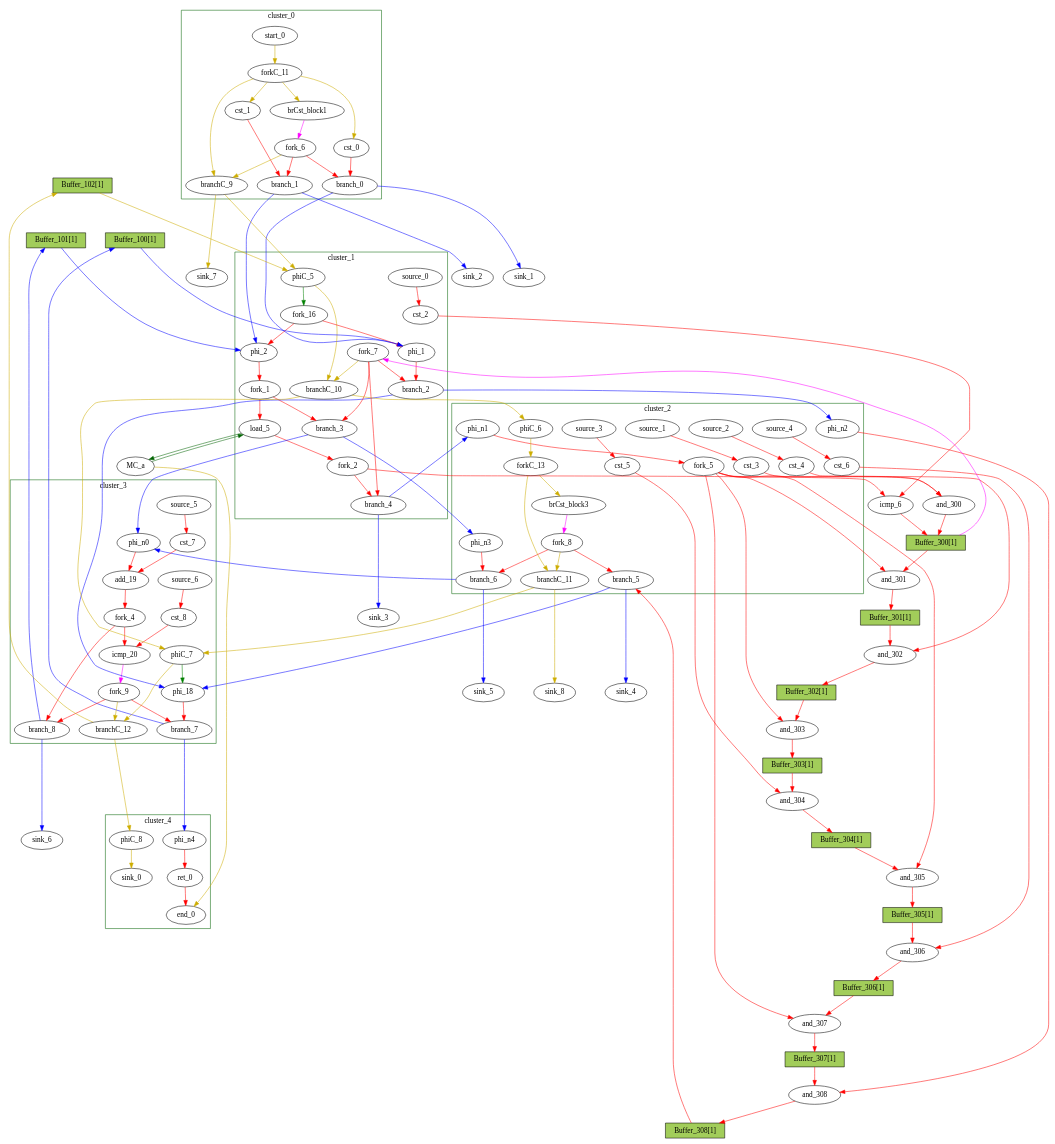
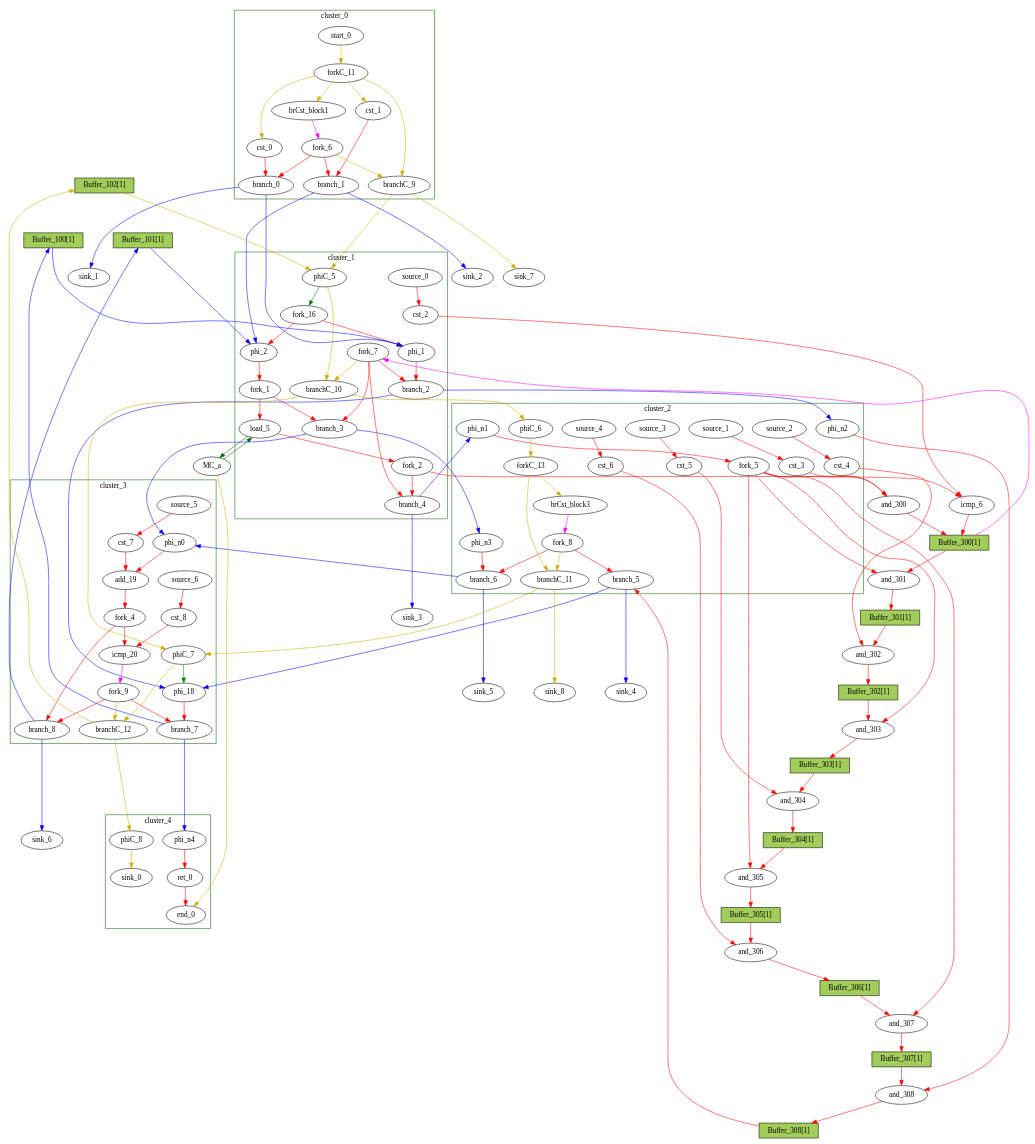
Before and after one commit to Nozidoali/MapBuf: the diagram in RegressionTest/Examples/gsum/reports/gsum_decoy.dot, drawn with Graphviz. The commit also changed other lines of this file and 154 other files, not shown here.

```diff
--- a/RegressionTest/Examples/gsum/reports/gsum_decoy.dot
+++ b/RegressionTest/Examples/gsum/reports/gsum_decoy.dot
@@ -1,5 +1,36 @@
 Digraph G {
 	splines=spline;
+	subgraph cluster_cluster_1 {
+	color = "darkgreen";
+label = "cluster_1";
+		"phi_1" [type="Mux", in="in1?:1 in2:32 in3:32 ", out="out1:32", bbID=2, delay=1.397];
+		"phi_2" [type="Mux", in="in1?:1 in2:10 in3:10 ", out="out1:10", bbID=2, delay=1.397];
+		"load_5" [type="Operator", in="in1:32 in2:10 ", out="out1:32 out2:10 ", bbID=2, II=1, delay=1.412, latency=2, op="mc_load_op", portId=0];
+		"cst_2" [type="Constant", in="in1:32", out="out1:32", bbID=2, value="0x00000000"];
+		"fork_1" [type="Fork", in="in1:10", out="out1:10 out2:10 ", bbID=2];
+		"fork_2" [type="Fork", in="in1:32", out="out1:32 out2:32 ", bbID=2];
+		"branch_2" [type="Branch", in="in1:32 in2?:1", out="out1+:32 out2-:32", bbID=2];
+		"branch_3" [type="Branch", in="in1:10 in2?:1", out="out1+:10 out2-:10", bbID=2];
+		"branch_4" [type="Branch", in="in1:32 in2?:1", out="out1+:32 out2-:32", bbID=2];
+		"fork_7" [type="Fork", in="in1:1", out="out1:1 out2:1 out3:1 out4:1 ", bbID=2];
+		"phiC_5" [type="CntrlMerge", in="in1:0 in2:0 ", out="out1:0 out2?:1", bbID=2, delay=0.0];
+		"branchC_10" [type="Branch", in="in1:0 in2?:1", out="out1+:0 out2-:0", bbID=2];
+		"source_0" [type="Source", out="out1:32", bbID=2];
+		"fork_16" [type="Fork", in="in1:1", out="out1:1 out2:1 ", bbID=2];
+	}
+	subgraph cluster_cluster_0 {
+	color = "darkgreen";
+label = "cluster_0";
+		"brCst_block1" [type="Constant", in="in1:1", out="out1:1", bbID=1, value="0x1"];
+		"cst_0" [type="Constant", in="in1:32", out="out1:32", bbID=1, value="0x00000000"];
+		"cst_1" [type="Constant", in="in1:1", out="out1:1", bbID=1, value="0x00000000"];
+		"branch_0" [type="Branch", in="in1:32 in2?:1", out="out1+:32 out2-:32", bbID=1];
+		"branch_1" [type="Branch", in="in1:1 in2?:1", out="out1+:1 out2-:1", bbID=1];
+		"fork_6" [type="Fork", in="in1:1", out="out1:1 out2:1 out3:1 ", bbID=1];
+		"start_0" [type="Entry", in="in1:0", out="out1:0", bbID=1, control="true"];
+		"forkC_11" [type="Fork", in="in1:0", out="out1:0 out2:0 out3:0 out4:0 ", bbID=1];
+		"branchC_9" [type="Branch", in="in1:0 in2?:1", out="out1+:0 out2-:0", bbID=1];
+	}
 	subgraph cluster_cluster_2 {
 	color = "darkgreen";
 label = "cluster_2";
@@ -23,15 +54,6 @@
 		"source_3" [type="Source", out="out1:32", bbID=3];
 		"source_4" [type="Source", out="out1:32", bbID=3];
 	}
-	subgraph cluster_cluster_4 {
-	color = "darkgreen";
-label = "cluster_4";
-		"ret_0" [type="Operator", in="in1:32 ", out="out1:32 ", bbID=5, II=1, delay=0.0, latency=0, op="ret_op"];
-		"phi_n4" [type="Merge", in="in1:32 ", out="out1:32", bbID=5, delay=0.0];
-		"end_0" [type="Exit", in="in1:0*e in2:32 ", out="out1:32", bbID=0];
-		"phiC_8" [type="Merge", in="in1:0 ", out="out1:0", bbID=5, delay=0.0];
-		"sink_0" [type="Sink", in="in1:0", bbID=0];
-	}
 	subgraph cluster_cluster_3 {
 	color = "darkgreen";
 label = "cluster_3";
@@ -50,36 +72,14 @@
 		"source_5" [type="Source", out="out1:1", bbID=4];
 		"source_6" [type="Source", out="out1:10", bbID=4];
 	}
-	subgraph cluster_cluster_0 {
+	subgraph cluster_cluster_4 {
 	color = "darkgreen";
-label = "cluster_0";
-		"brCst_block1" [type="Constant", in="in1:1", out="out1:1", bbID=1, value="0x1"];
-		"cst_0" [type="Constant", in="in1:32", out="out1:32", bbID=1, value="0x00000000"];
-		"cst_1" [type="Constant", in="in1:1", out="out1:1", bbID=1, value="0x00000000"];
-		"branch_0" [type="Branch", in="in1:32 in2?:1", out="out1+:32 out2-:32", bbID=1];
-		"branch_1" [type="Branch", in="in1:1 in2?:1", out="out1+:1 out2-:1", bbID=1];
-		"fork_6" [type="Fork", in="in1:1", out="out1:1 out2:1 out3:1 ", bbID=1];
-		"start_0" [type="Entry", in="in1:0", out="out1:0", bbID=1, control="true"];
-		"forkC_11" [type="Fork", in="in1:0", out="out1:0 out2:0 out3:0 out4:0 ", bbID=1];
-		"branchC_9" [type="Branch", in="in1:0 in2?:1", out="out1+:0 out2-:0", bbID=1];
-	}
-	subgraph cluster_cluster_1 {
-	color = "darkgreen";
-label = "cluster_1";
-		"phi_1" [type="Mux", in="in1?:1 in2:32 in3:32 ", out="out1:32", bbID=2, delay=1.397];
-		"phi_2" [type="Mux", in="in1?:1 in2:10 in3:10 ", out="out1:10", bbID=2, delay=1.397];
-		"load_5" [type="Operator", in="in1:32 in2:10 ", out="out1:32 out2:10 ", bbID=2, II=1, delay=1.412, latency=2, op="mc_load_op", portId=0];
-		"cst_2" [type="Constant", in="in1:32", out="out1:32", bbID=2, value="0x00000000"];
-		"fork_1" [type="Fork", in="in1:10", out="out1:10 out2:10 ", bbID=2];
-		"fork_2" [type="Fork", in="in1:32", out="out1:32 out2:32 ", bbID=2];
-		"branch_2" [type="Branch", in="in1:32 in2?:1", out="out1+:32 out2-:32", bbID=2];
-		"branch_3" [type="Branch", in="in1:10 in2?:1", out="out1+:10 out2-:10", bbID=2];
-		"branch_4" [type="Branch", in="in1:32 in2?:1", out="out1+:32 out2-:32", bbID=2];
-		"fork_7" [type="Fork", in="in1:1", out="out1:1 out2:1 out3:1 out4:1 ", bbID=2];
-		"phiC_5" [type="CntrlMerge", in="in1:0 in2:0 ", out="out1:0 out2?:1", bbID=2, delay=0.0];
-		"branchC_10" [type="Branch", in="in1:0 in2?:1", out="out1+:0 out2-:0", bbID=2];
-		"source_0" [type="Source", out="out1:32", bbID=2];
-		"fork_16" [type="Fork", in="in1:1", out="out1:1 out2:1 ", bbID=2];
+label = "cluster_4";
+		"ret_0" [type="Operator", in="in1:32 ", out="out1:32 ", bbID=5, II=1, delay=0.0, latency=0, op="ret_op"];
+		"phi_n4" [type="Merge", in="in1:32 ", out="out1:32", bbID=5, delay=0.0];
+		"end_0" [type="Exit", in="in1:0*e in2:32 ", out="out1:32", bbID=0];
+		"phiC_8" [type="Merge", in="in1:0 ", out="out1:0", bbID=5, delay=0.0];
+		"sink_0" [type="Sink", in="in1:0", bbID=0];
 	}
 		"MC_a" [type="MC", in="in1:10*l0a ", out="out1:32*l0d out2:0*e ", bbID=0, bbcount=0, ldcount=1, memory="a", stcount=0];
 		"sink_1" [type="Sink", in="in1:32", bbID=0];
```
